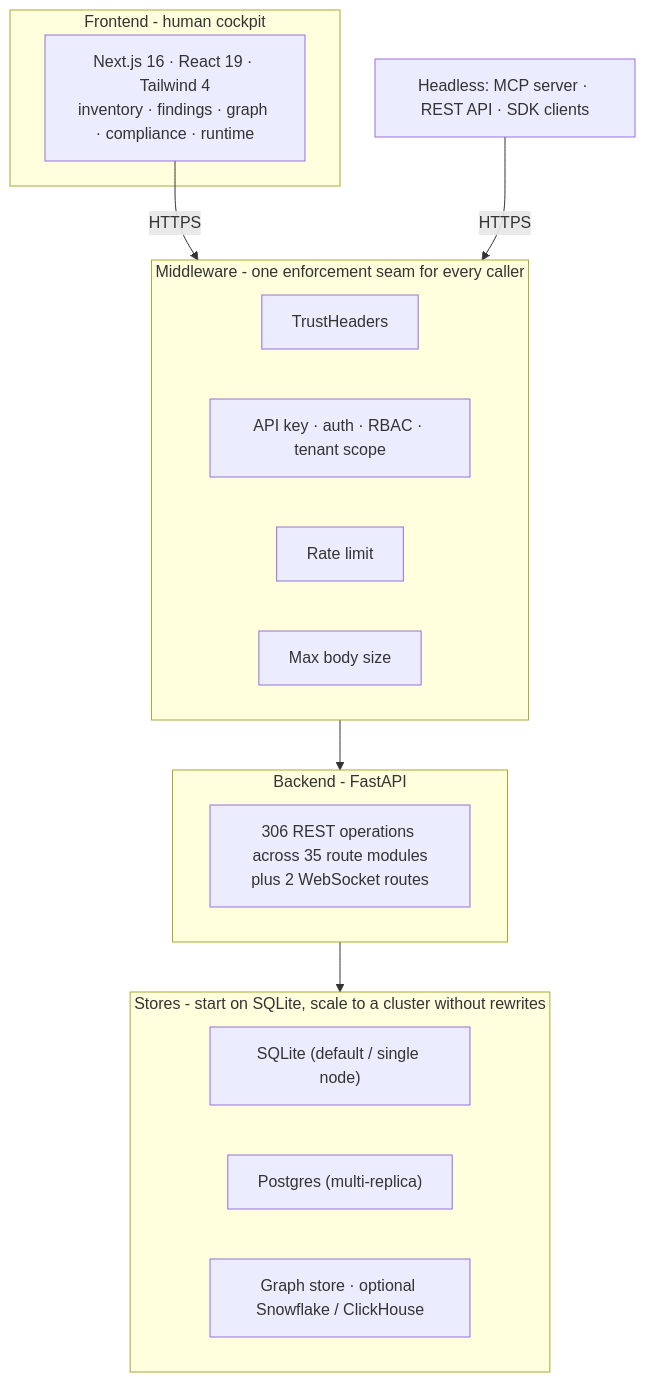
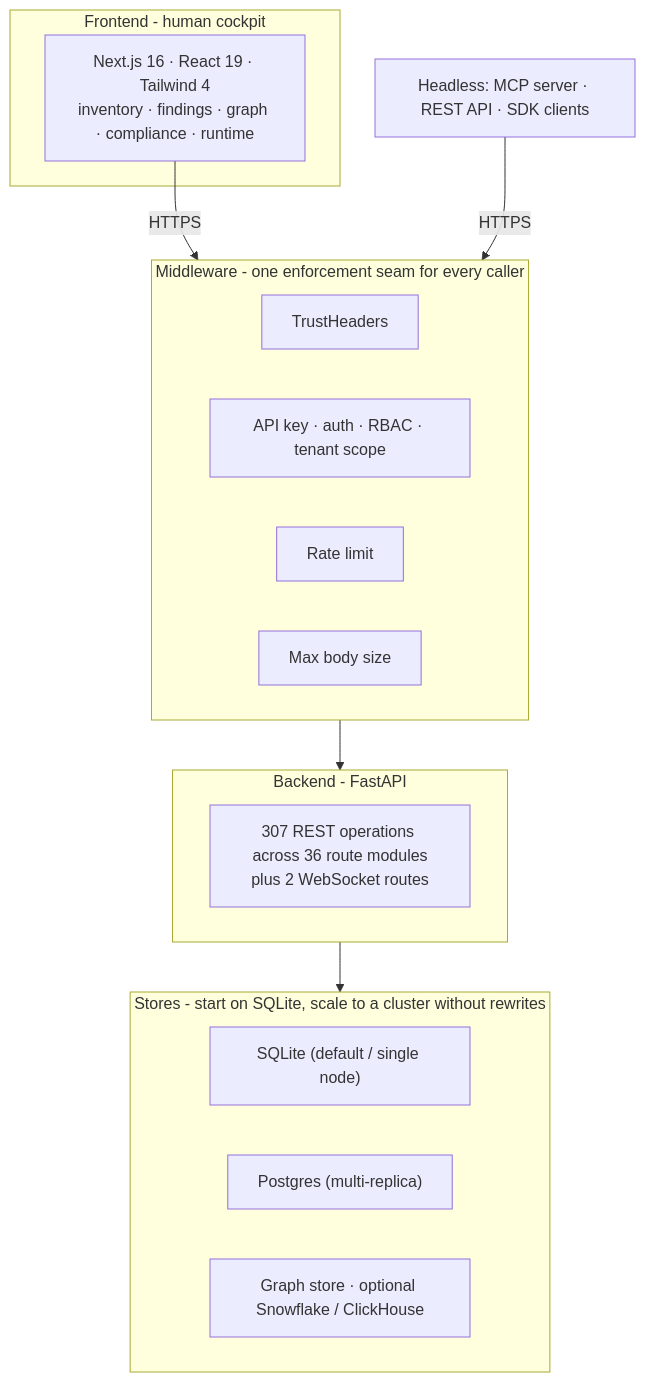
One commit to msaad00/agent-bom changed the fourth of 9 diagrams in docs/ARCHITECTURE.md. Above: the diagram before and after it, drawn with Mermaid. The commit also changed 3 other files, not shown here.

First line of the commit message:
docs: align REST counts to 307 ops / 261 paths / 36 modules

````diff
--- a/docs/ARCHITECTURE.md
+++ b/docs/ARCHITECTURE.md
@@ -146,26 +146,26 @@
 ```mermaid
 flowchart TB
     subgraph FE["Frontend - human cockpit"]
         UI["Next.js 16 · React 19 · Tailwind 4\ninventory · findings · graph · compliance · runtime"]
     end
     subgraph MW["Middleware - one enforcement seam for every caller"]
         M1["TrustHeaders"]
         M2["API key · auth · RBAC · tenant scope"]
         M3["Rate limit"]
         M4["Max body size"]
     end
     subgraph BE["Backend - FastAPI"]
-        R["306 REST operations across 35 route modules\nplus 2 WebSocket routes"]
+        R["307 REST operations across 36 route modules\nplus 2 WebSocket routes"]
     end
     subgraph ST["Stores - start on SQLite, scale to a cluster without rewrites"]
         S1["SQLite (default / single node)"]
         S2["Postgres (multi-replica)"]
         S3["Graph store · optional Snowflake / ClickHouse"]
     end
 
     EXTAGENT["Headless: MCP server · REST API · SDK clients"]
 
     UI -->|HTTPS| MW
     EXTAGENT -->|HTTPS| MW
     MW --> BE --> ST
 ```
````
